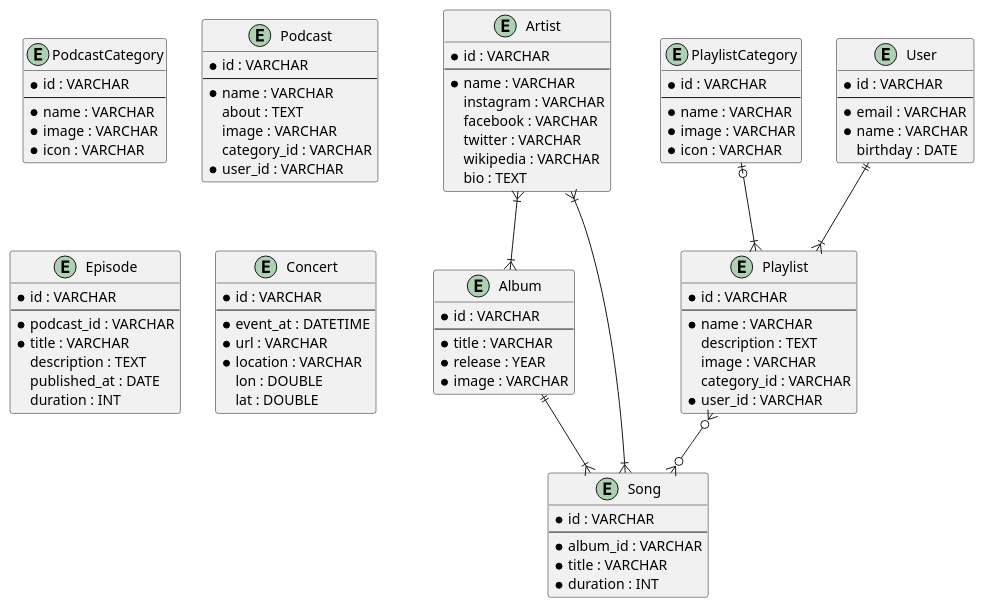
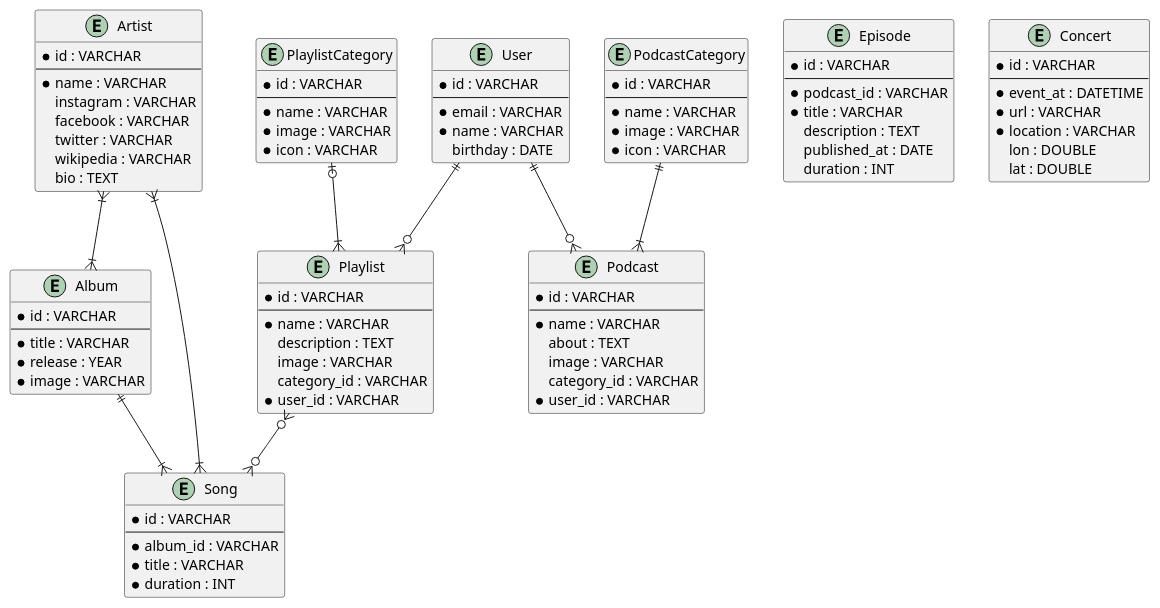
One commit to bayubagusbagaswara/design-database-spotify-clone changed the diagram in src/entity.puml. Above: the diagram before and after it, drawn with PlantUML.

Commit message:
menentukan relasi entity Podcast

```diff
--- a/src/entity.puml
+++ b/src/entity.puml
@@ -1,100 +1,104 @@
 @startuml
 entity Artist {
     * id : VARCHAR
     --
     * name : VARCHAR
     instagram : VARCHAR
     facebook : VARCHAR
     twitter : VARCHAR
     wikipedia : VARCHAR
     bio : TEXT
 }
 
 entity Album {
     * id : VARCHAR
     --
     * title : VARCHAR
     * release : YEAR
     * image : VARCHAR
 }
 
 entity Song {
     * id : VARCHAR
     --
     * album_id : VARCHAR
     * title : VARCHAR
     * duration : INT
 }
 
 entity PlaylistCategory {
     * id : VARCHAR
     --
     * name : VARCHAR
     * image : VARCHAR
     * icon : VARCHAR
 }
 entity Playlist{
     * id : VARCHAR
     --
     * name : VARCHAR
     description : TEXT
     image : VARCHAR
     category_id : VARCHAR
     * user_id : VARCHAR
 }
 
 entity PodcastCategory {
     * id : VARCHAR
     --
     * name : VARCHAR
     * image : VARCHAR
     * icon : VARCHAR
 }
 
  entity Podcast {
     * id : VARCHAR
     --
     * name : VARCHAR
     about : TEXT
     image : VARCHAR
     category_id : VARCHAR
     * user_id : VARCHAR
 }
 
 entity Episode {
     * id : VARCHAR
     --
     * podcast_id : VARCHAR
     * title : VARCHAR
     description : TEXT
     published_at : DATE
     duration : INT
 }
 
 entity User{
     * id : VARCHAR
     --
     * email : VARCHAR
     * name : VARCHAR
     birthday : DATE
 }
 
 entity Concert{
     * id : VARCHAR
     --
     * event_at : DATETIME
     * url : VARCHAR
     * location : VARCHAR
     lon : DOUBLE
     lat : DOUBLE
 }
 'relasi
 Artist }|--|{ Album
 'menentukan relasi Song
 Album ||--|{ Song
 Artist }|--|{ Song
 'menentukan relasi playlist
 PlaylistCategory |o--|{ Playlist
-User ||--|{ Playlist
+User ||--o{ Playlist
 Playlist }o--o{ Song
+'relasi podcast
+'misal 1 category punya 1 podcast
+PodcastCategory ||--|{ Podcast
+User ||--o{ Podcast
 @enduml
```
